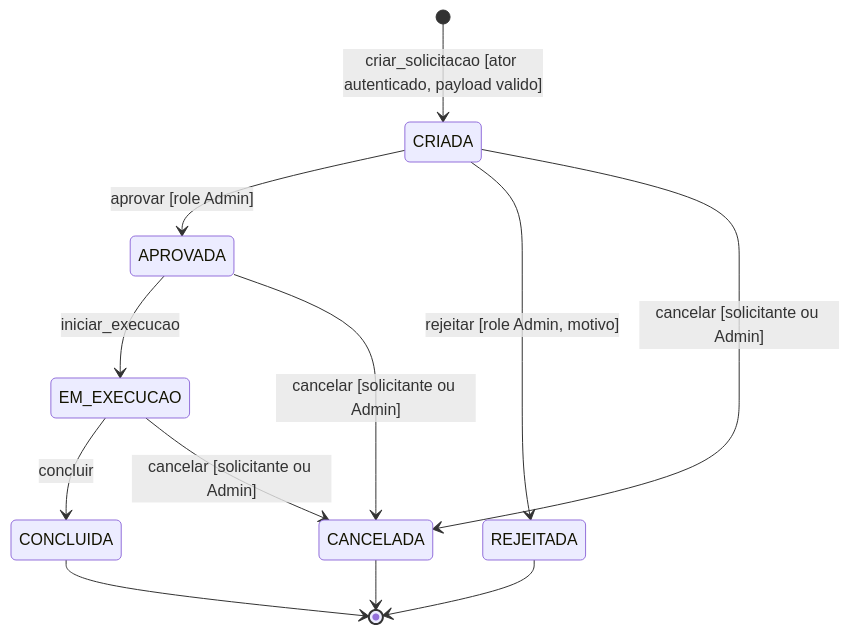
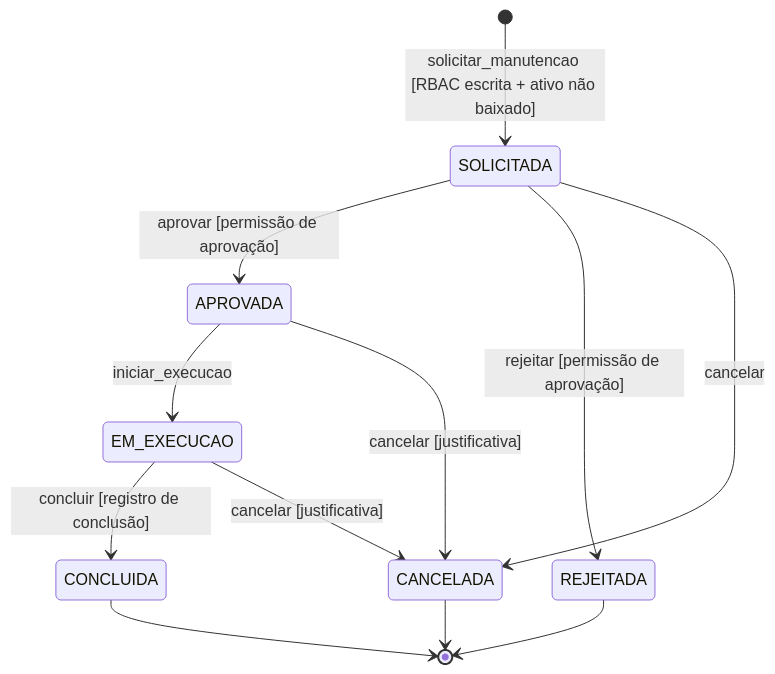
The first of 4 diagrams in docs/03-architecture/state-machines.md (diogo-rp-menezes/aegispatrimonio), drawn with Mermaid before and after one commit. The commit also changed other lines of this file and 49 other files, not shown here.

````diff
--- a/docs/03-architecture/state-machines.md
+++ b/docs/03-architecture/state-machines.md
@@ -93,14 +88,14 @@
 ```mermaid
 stateDiagram-v2
-    [*] --> CRIADA: criar_solicitacao [ator autenticado, payload valido]
-    CRIADA --> APROVADA: aprovar [role Admin]
-    CRIADA --> REJEITADA: rejeitar [role Admin, motivo]
-    CRIADA --> CANCELADA: cancelar [solicitante ou Admin]
+    [*] --> SOLICITADA: solicitar_manutencao [RBAC escrita + ativo não baixado]
+    SOLICITADA --> APROVADA: aprovar [permissão de aprovação]
+    SOLICITADA --> REJEITADA: rejeitar [permissão de aprovação]
+    SOLICITADA --> CANCELADA: cancelar
     APROVADA --> EM_EXECUCAO: iniciar_execucao
-    APROVADA --> CANCELADA: cancelar [solicitante ou Admin]
-    EM_EXECUCAO --> CONCLUIDA: concluir
-    EM_EXECUCAO --> CANCELADA: cancelar [solicitante ou Admin]
+    APROVADA --> CANCELADA: cancelar [justificativa]
+    EM_EXECUCAO --> CONCLUIDA: concluir [registro de conclusão]
+    EM_EXECUCAO --> CANCELADA: cancelar [justificativa]
+    CONCLUIDA --> [*]
     REJEITADA --> [*]
-    CONCLUIDA --> [*]
     CANCELADA --> [*]
 ```
````
